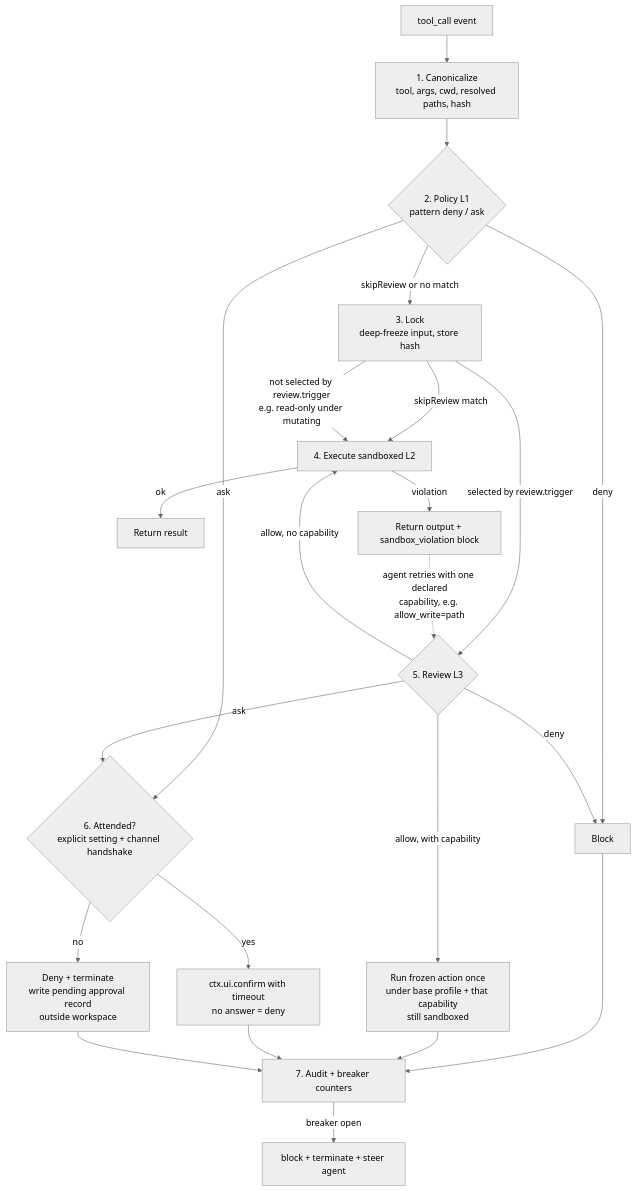
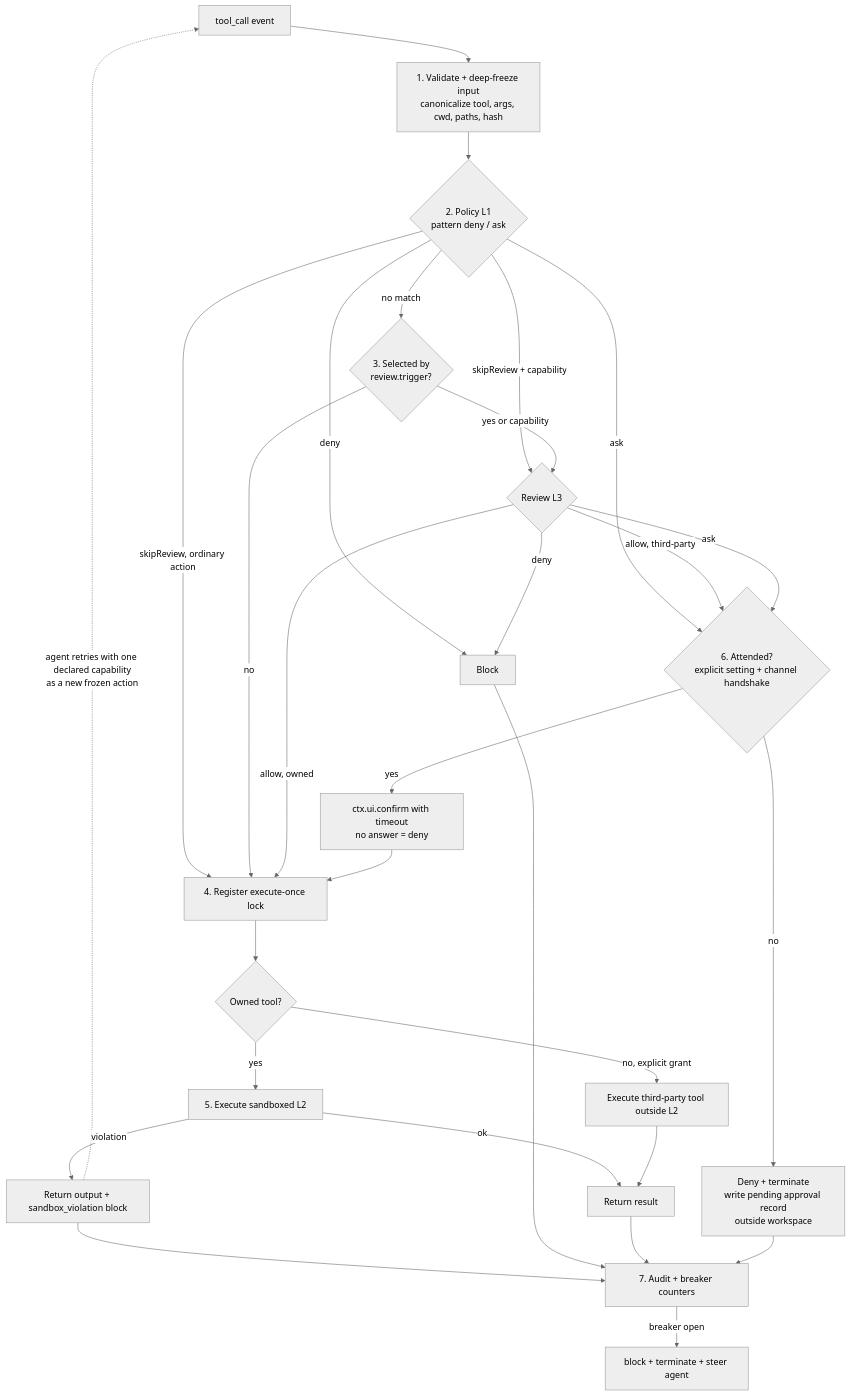
Before and after one commit to frycm/pi-enclave: the diagram in README.md, drawn with Mermaid (neutral theme). The commit also changed other lines of this file and 66 other files, not shown here.

````diff
--- a/README.md
+++ b/README.md
@@ -195,25 +213,31 @@
 ```mermaid
 flowchart TD
-    A[tool_call event] --> B[1. Canonicalize<br/>tool, args, cwd, resolved paths, hash]
+    A[tool_call event] --> B[1. Validate + deep-freeze input<br/>canonicalize tool, args, cwd, paths, hash]
     B --> C{2. Policy L1<br/>pattern deny / ask}
     C -->|deny| X[Block]
     C -->|ask| ESC
-    C -->|skipReview or no match| D[3. Lock<br/>deep-freeze input, store hash]
-    D -->|skipReview match| E[4. Execute sandboxed L2]
-    D -->|not selected by review.trigger<br/>e.g. read-only under mutating| E
-    D -->|selected by review.trigger| R
-    R -->|allow, no capability| E
+    C -->|skipReview, ordinary action| L[4. Register execute-once lock]
+    C -->|skipReview + capability| R
+    C -->|no match| D{3. Selected by<br/>review.trigger?}
+    D -->|no| L
+    D -->|yes or capability| R{Review L3}
+    R -->|allow, owned| L
+    R -->|allow, third-party| ESC
+    L --> O{Owned tool?}
+    O -->|yes| E[5. Execute sandboxed L2]
+    O -->|no, explicit grant| U[Execute third-party tool outside L2]
     E -->|ok| OK[Return result]
+    U --> OK
     E -->|violation| V[Return output + sandbox_violation block]
-    V -.->|agent retries with one declared<br/>capability, e.g. allow_write=path| R{5. Review L3}
-    R -->|allow, with capability| RUN[Run frozen action once<br/>under base profile + that capability<br/>still sandboxed]
+    V -.->|agent retries with one declared capability<br/>as a new frozen action| A
+    V --> ACC
     R -->|deny| X
     R -->|ask| ESC{6. Attended?<br/>explicit setting + channel handshake}
     ESC -->|yes| CONFIRM[ctx.ui.confirm with timeout<br/>no answer = deny]
+    CONFIRM --> L
     ESC -->|no| PEND[Deny + terminate<br/>write pending approval record<br/>outside workspace]
     X --> ACC[7. Audit + breaker counters]
-    RUN --> ACC
-    CONFIRM --> ACC
+    OK --> ACC
     PEND --> ACC
     ACC -->|breaker open| TERM[block + terminate + steer agent]
 ```
````
